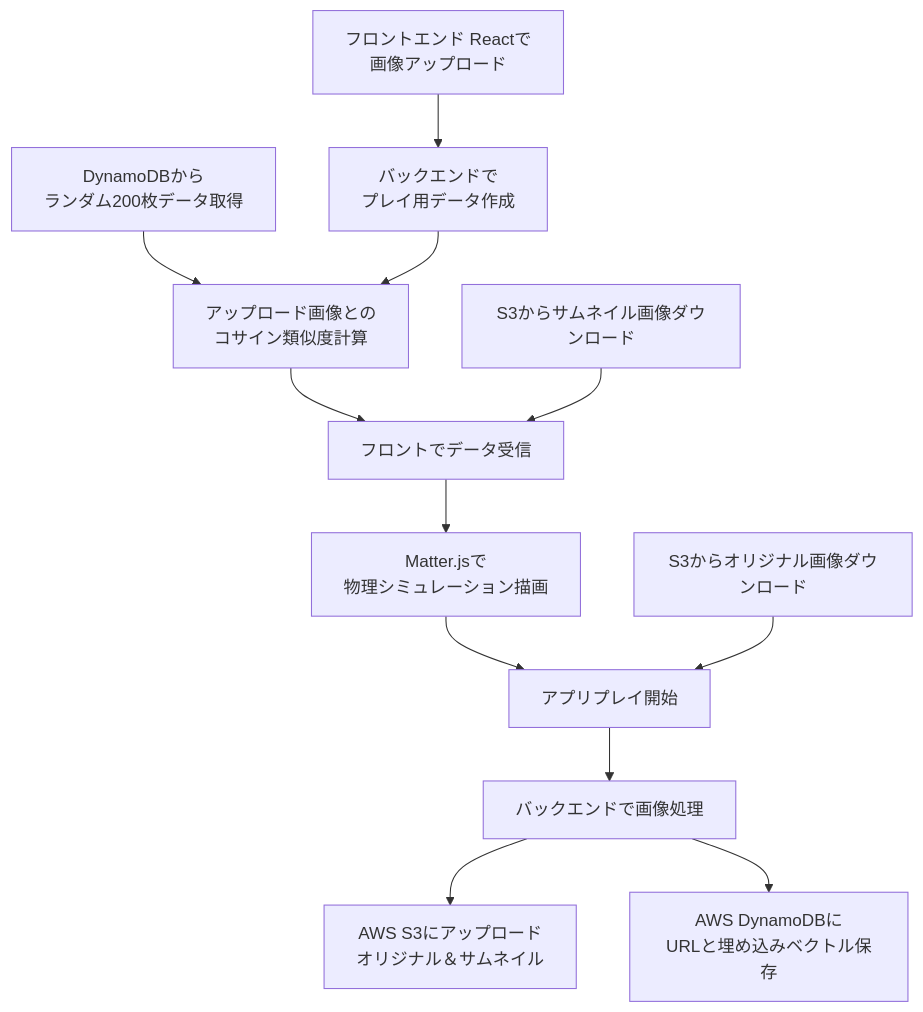
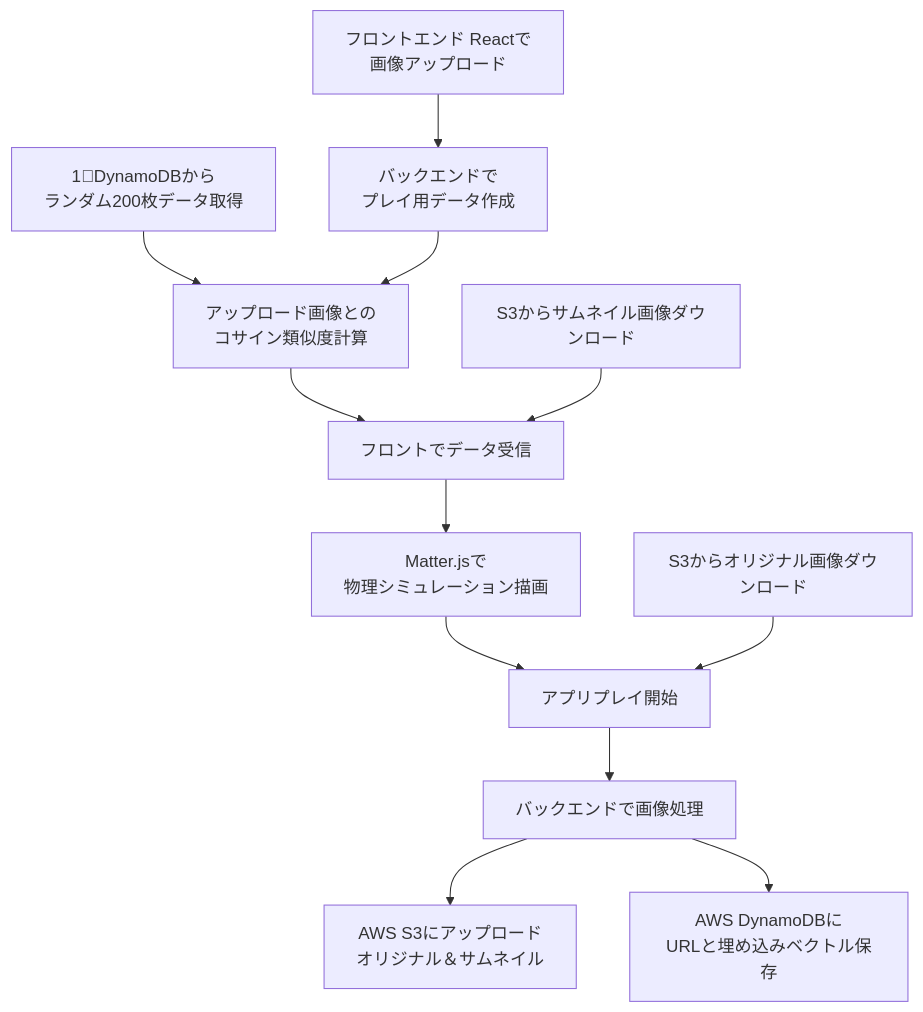
One commit to tukaharu2/portfolio changed the second of 2 diagrams in similar_image_project/README.md. Above: the diagram before and after it, drawn with Mermaid.

````diff
--- a/similar_image_project/README.md
+++ b/similar_image_project/README.md
@@ -44,14 +44,14 @@
 ```mermaid
 flowchart TD
     F[フロントエンド Reactで<br>画像アップロード] --> G[バックエンドで<br>プレイ用データ作成]
-    H[DynamoDBから<br>ランダム200枚データ取得] --> I
+    H[1⃣DynamoDBから<br>ランダム200枚データ取得] --> I
     G --> I[アップロード画像との<br>コサイン類似度計算]
     I --> J[フロントでデータ受信]
     K[S3からサムネイル画像ダウンロード]　--> J
     J --> L[Matter.jsで<br>物理シミュレーション描画]
     L --> M[アプリプレイ開始]
     Q[S3からオリジナル画像ダウンロード] --> M
     M --> N[バックエンドで画像処理]
     N --> O[AWS S3にアップロード<br>オリジナル＆サムネイル]
     N --> P[AWS DynamoDBに<br>URLと埋め込みベクトル保存]
 ```
````
